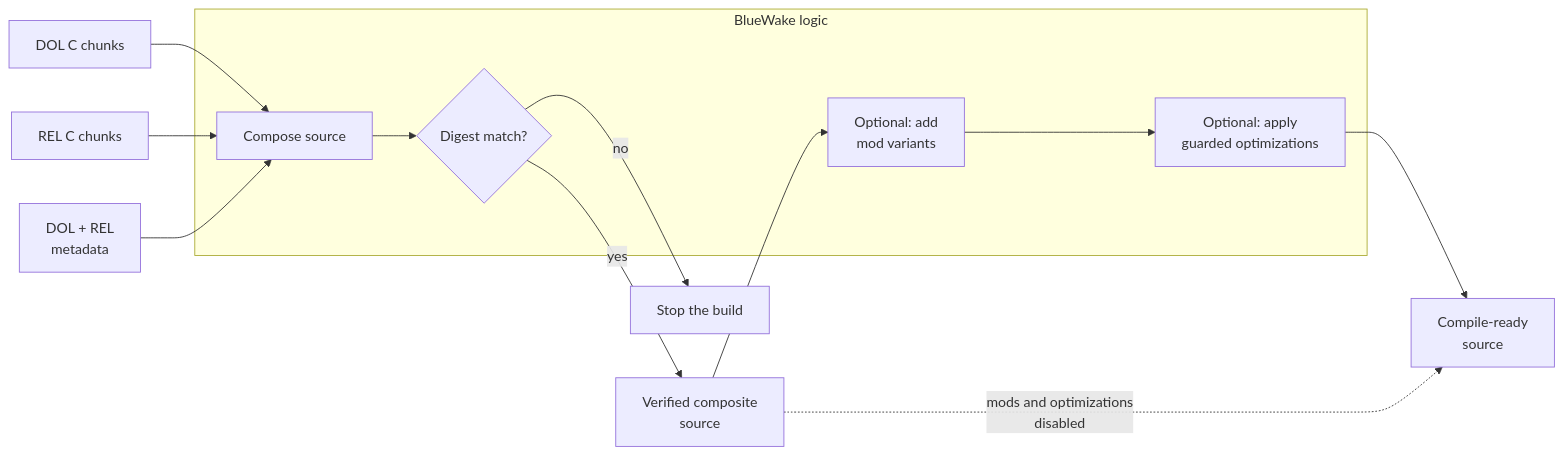
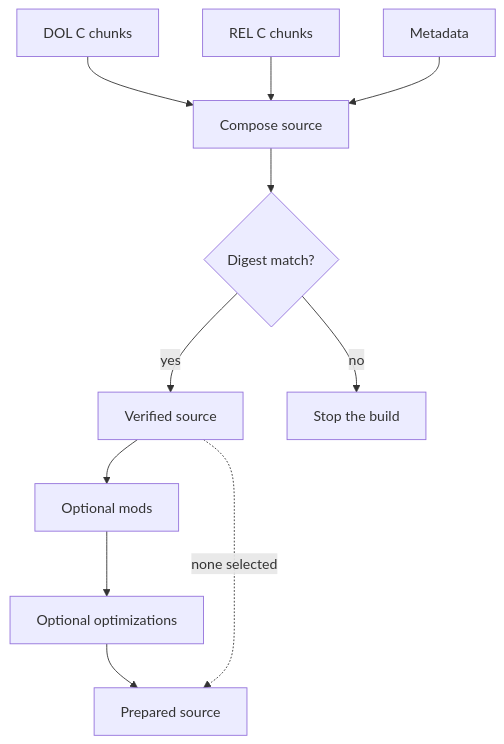
The eighth of 10 diagrams in docs/architecture/Build.md (Aelbannan/boat_of_daphnes), drawn with Mermaid before and after one commit. The commit also changed other lines of this file, not shown here.

Commit message:
Simplify build diagrams

````diff
--- a/docs/architecture/Build.md
+++ b/docs/architecture/Build.md
@@ -503,31 +442,23 @@
 ```mermaid
-flowchart LR
+flowchart TD
     DolC["DOL C chunks"]
     RelC["REL C chunks"]
-    Binaries["`DOL + REL
-metadata`"]
-    Base["`Verified composite
-source`"]
-    Ready["`Compile-ready
-source`"]
+    Binaries["Metadata"]
+    Base["Verified source"]
+    Ready["Prepared source"]
     Stop["Stop the build"]
 
-    subgraph BlueWake["BlueWake logic"]
-        Generate["Compose source"]
-        Verify{"Digest match?"}
-        Variants["`Optional: add
-mod variants`"]
-        Prepare["`Optional: apply
-guarded optimizations`"]
-    end
+    Generate["Compose source"]
+    Verify{"Digest match?"}
+    Variants["Optional mods"]
+    Prepare["Optional optimizations"]
 
     DolC --> Generate
     RelC --> Generate
     Binaries --> Generate
     Generate --> Verify
     Verify -->|yes| Base
     Verify -->|no| Stop
     Base --> Variants --> Prepare --> Ready
-    Base -. "`mods and optimizations
-disabled`" .-> Ready
+    Base -. "none selected" .-> Ready
 ```
````
